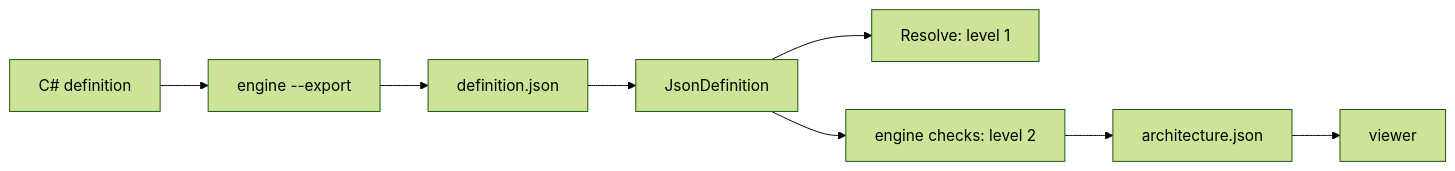
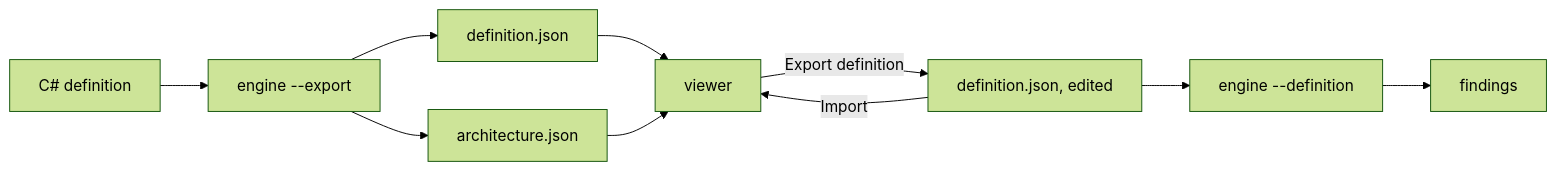
Before and after one commit to MgCohen/vsa-template: the diagram in docs/architecture-data.md, drawn with Mermaid (forest theme). The commit also changed other lines of this file and 3 other files, not shown here.

Commit message:
Describe the export, edit and import loop in the docs

````diff
--- a/docs/architecture-data.md
+++ b/docs/architecture-data.md
@@ -5,10 +7,12 @@
 ```mermaid
 flowchart LR
     C[C# definition] --> X[engine --export]
     X --> D[definition.json]
-    D --> J[JsonDefinition]
-    J --> R[Resolve: level 1]
-    J --> E[engine checks: level 2]
-    E --> A[architecture.json]
-    A --> V[viewer]
+    X --> A[architecture.json]
+    D --> V[viewer]
+    A --> V
+    V -- Export definition --> D2[definition.json, edited]
+    D2 -- Import --> V
+    D2 --> K[engine --definition]
+    K --> F[findings]
 ```
````
